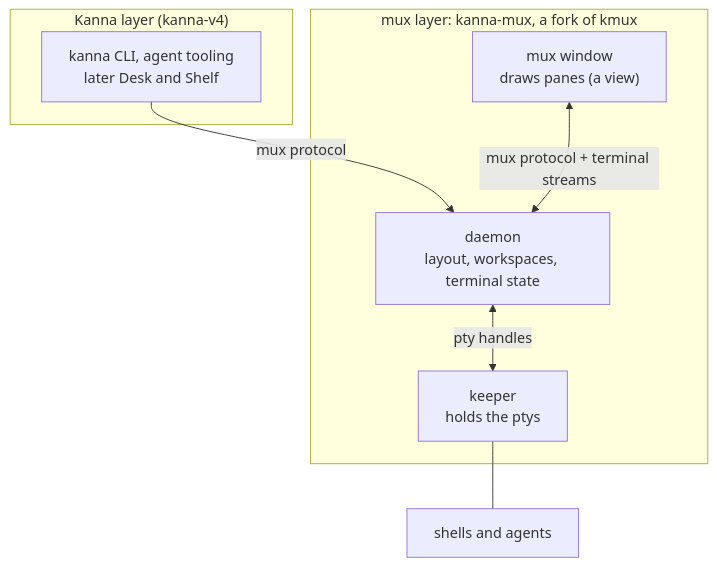
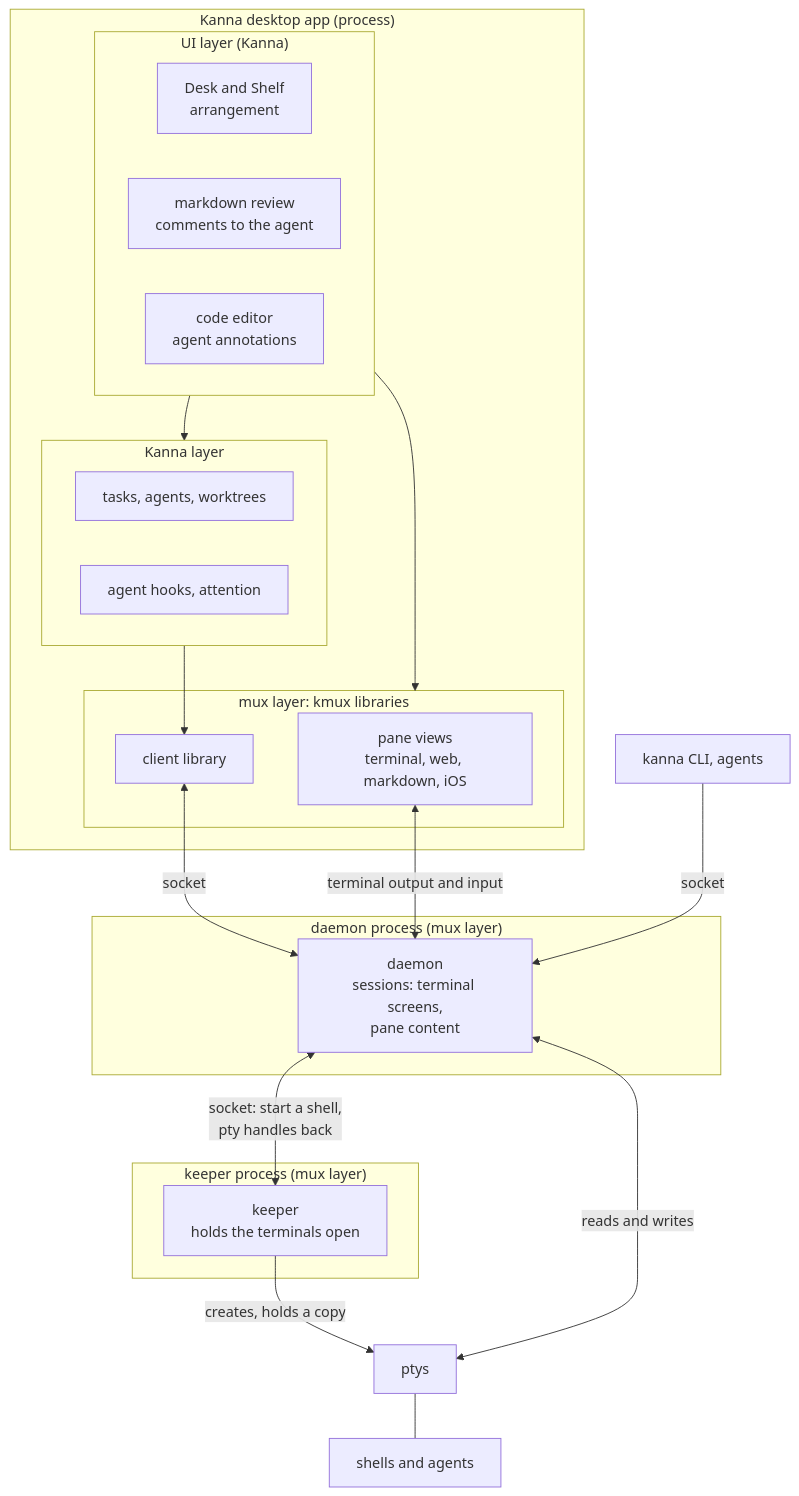
Before and after one commit to jemdiggity/kanna-v4: the first of 9 diagrams in docs/research/mux-architecture.md, drawn with Mermaid. The commit also changed other lines of this file, not shown here.

Commit message:
Mux architecture: kmux as libraries, the daemon owns sessions, each UI owns its arrangement, one CLI socket

````diff
--- a/docs/research/mux-architecture.md
+++ b/docs/research/mux-architecture.md
@@ -22,16 +40,37 @@
 ```mermaid
 flowchart TB
-    subgraph TOP["Kanna layer (kanna-v4)"]
-        KANNA["kanna CLI, agent tooling<br/>later Desk and Shelf"]
+    subgraph APP["Kanna desktop app (process)"]
+        subgraph L1["UI layer (Kanna)"]
+            DESK["Desk and Shelf<br/>arrangement"]
+            REVIEW["markdown review<br/>comments to the agent"]
+            EDIT["code editor<br/>agent annotations"]
+        end
+        subgraph L2["Kanna layer"]
+            TASKS["tasks, agents, worktrees"]
+            HOOKS["agent hooks, attention"]
+        end
+        subgraph L3["mux layer: kmux libraries"]
+            PANES["pane views<br/>terminal, web, markdown, iOS"]
+            CLIENT["client library"]
+        end
+        L1 --> L2
+        L1 --> L3
+        L2 --> CLIENT
     end
-    subgraph MUX["mux layer: kanna-mux, a fork of kmux"]
-        WIN["mux window<br/>draws panes (a view)"]
-        DAEMON["daemon<br/>layout, workspaces, terminal state"]
-        KEEPER["keeper<br/>holds the ptys"]
+    subgraph DP["daemon process (mux layer)"]
+        DAEMON["daemon<br/>sessions: terminal screens,<br/>pane content"]
     end
-    SH["shells and agents"]
-    KANNA -->|"mux protocol"| DAEMON
-    WIN <-->|"mux protocol + terminal streams"| DAEMON
-    DAEMON <-->|"pty handles"| KEEPER
-    KEEPER --- SH
+    subgraph KP["keeper process (mux layer)"]
+        KEEPER["keeper<br/>holds the terminals open"]
+    end
+    CLI["kanna CLI, agents"]
+    PTY["ptys"]
+    SHELL["shells and agents"]
+    CLIENT <-->|"socket"| DAEMON
+    PANES <-->|"terminal output and input"| DAEMON
+    CLI -->|"socket"| DAEMON
+    DAEMON <-->|"socket: start a shell,<br/>pty handles back"| KEEPER
+    KEEPER -->|"creates, holds a copy"| PTY
+    DAEMON <-->|"reads and writes"| PTY
+    PTY --- SHELL
 ```
````
